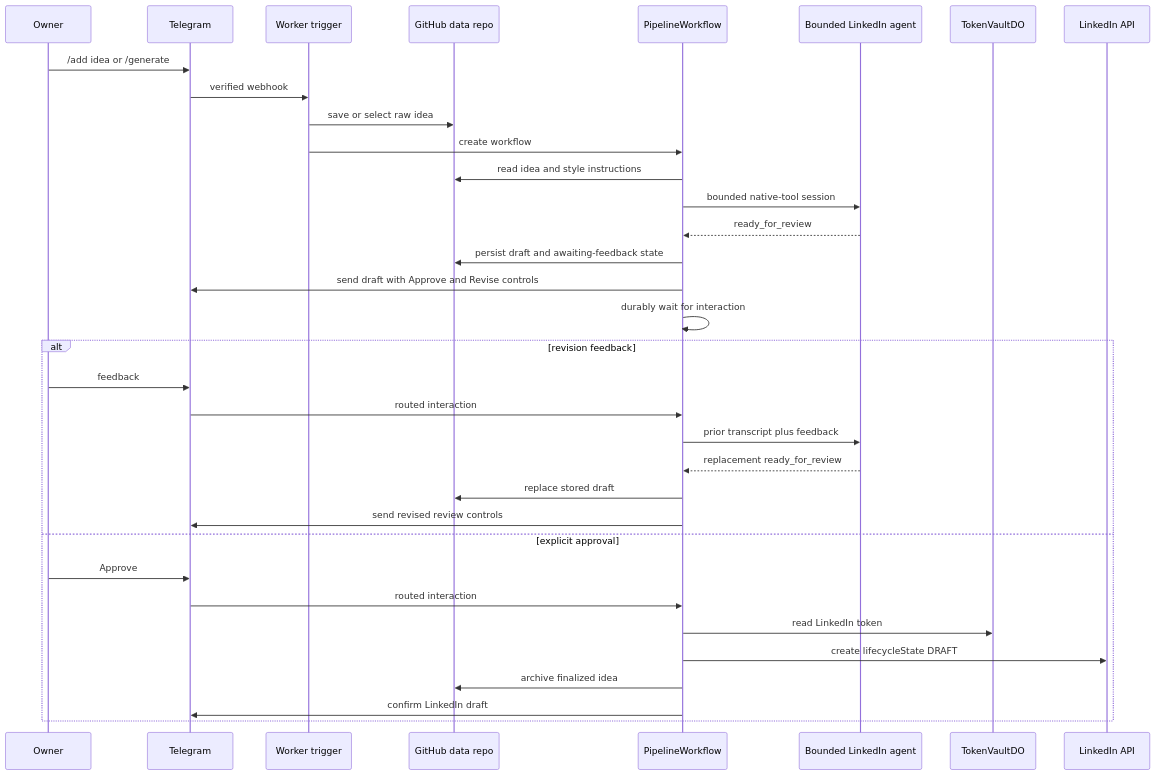
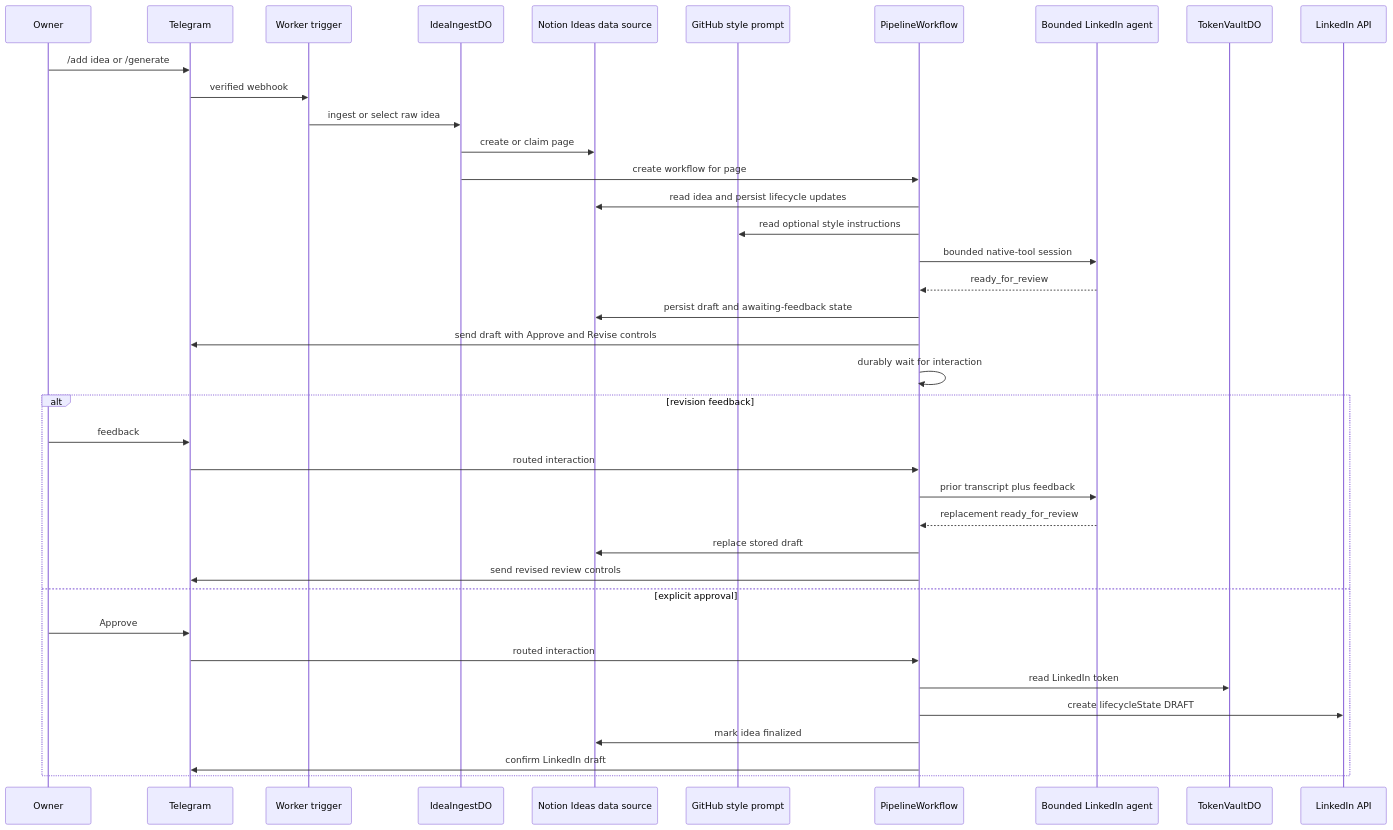
One commit to satwikhebbar/kipp changed the second of 4 diagrams in docs/architecture/request-flows.md. Above: the diagram before and after it, drawn with Mermaid. The commit also changed other lines of this file and 7 other files, not shown here.

Commit message:
docs: align architecture with Notion idea storage

````diff
--- a/docs/architecture/request-flows.md
+++ b/docs/architecture/request-flows.md
@@ -35,37 +43,41 @@
 ```mermaid
 sequenceDiagram
   participant U as Owner
   participant T as Telegram
   participant W as Worker trigger
-  participant G as GitHub data repo
+  participant I as IdeaIngestDO
+  participant N as Notion Ideas data source
+  participant G as GitHub style prompt
   participant P as PipelineWorkflow
   participant A as Bounded LinkedIn agent
   participant V as TokenVaultDO
   participant LI as LinkedIn API
 
   U->>T: /add idea or /generate
   T->>W: verified webhook
-  W->>G: save or select raw idea
-  W->>P: create workflow
-  P->>G: read idea and style instructions
+  W->>I: ingest or select raw idea
+  I->>N: create or claim page
+  I->>P: create workflow for page
+  P->>N: read idea and persist lifecycle updates
+  P->>G: read optional style instructions
   P->>A: bounded native-tool session
   A-->>P: ready_for_review
-  P->>G: persist draft and awaiting-feedback state
+  P->>N: persist draft and awaiting-feedback state
   P->>T: send draft with Approve and Revise controls
   P->>P: durably wait for interaction
   alt revision feedback
     U->>T: feedback
     T->>P: routed interaction
     P->>A: prior transcript plus feedback
     A-->>P: replacement ready_for_review
-    P->>G: replace stored draft
+    P->>N: replace stored draft
     P->>T: send revised review controls
   else explicit approval
     U->>T: Approve
     T->>P: routed interaction
     P->>V: read LinkedIn token
     P->>LI: create lifecycleState DRAFT
-    P->>G: archive finalized idea
+    P->>N: mark idea finalized
     P->>T: confirm LinkedIn draft
   end
 ```
````
